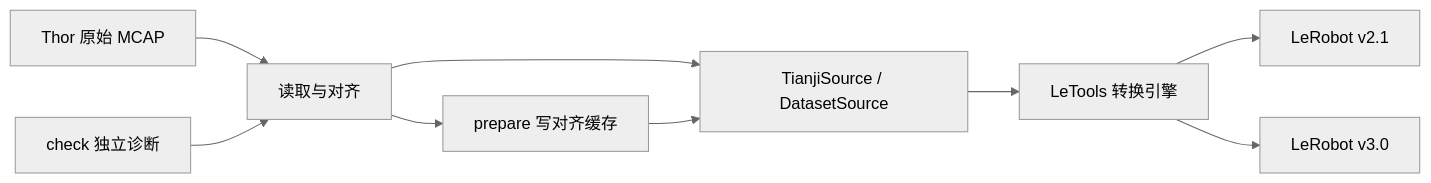
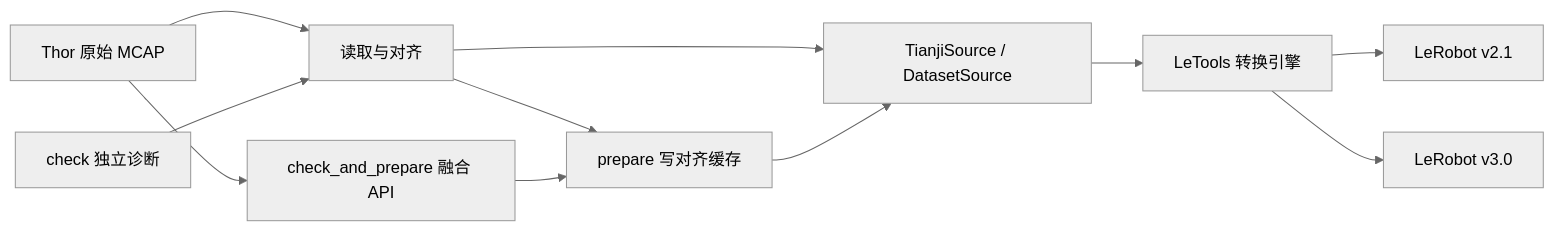
Before and after one commit to XieWeikai/data-providers: the diagram in tianji_provider/docs/DESIGN.md, drawn with Mermaid (neutral theme). The commit also changed other lines of this file and 7 other files, not shown here.

````diff
--- a/tianji_provider/docs/DESIGN.md
+++ b/tianji_provider/docs/DESIGN.md
@@ -9,11 +9,13 @@
 ```mermaid
 flowchart LR
     raw[Thor 原始 MCAP] --> reader[读取与对齐]
     reader --> source[TianjiSource / DatasetSource]
     reader --> prep[prepare 写对齐缓存]
     prep --> source
     source --> lt[LeTools 转换引擎]
     lt --> v21[LeRobot v2.1]
     lt --> v30[LeRobot v3.0]
     check[check 独立诊断] --> reader
+    raw --> fused[check_and_prepare 融合 API]
+    fused --> prep
 ```
````
